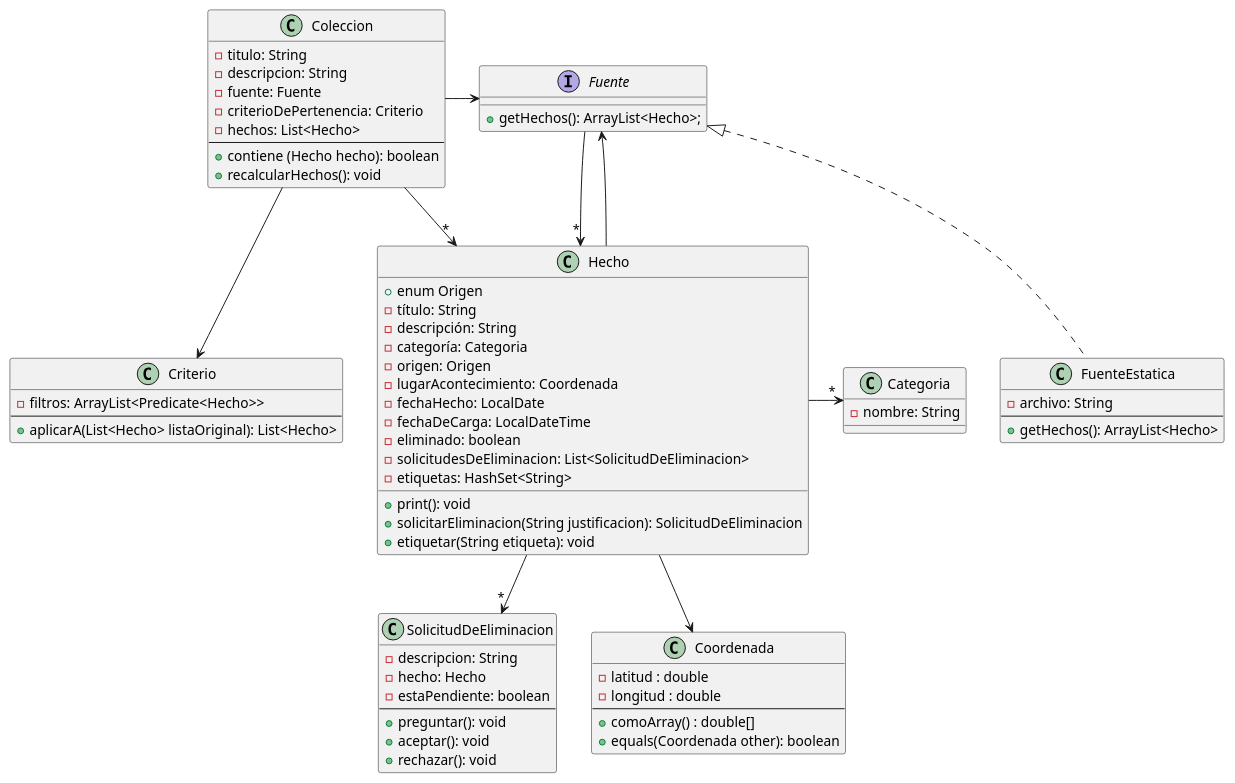
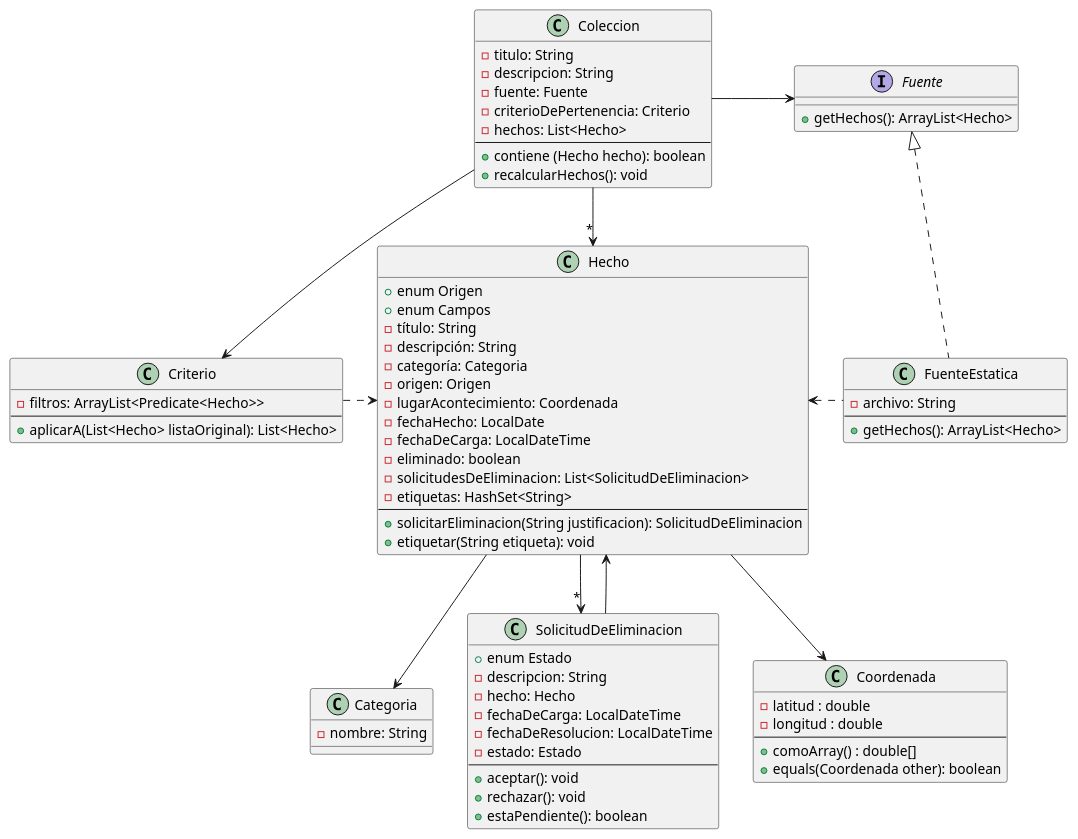
Before and after one commit to faustorod1/MetaMapa: the diagram in DiagDeClases.puml, drawn with PlantUML. The commit also changed 2 other files, not shown here.

Commit message:
Terminado el diagrama de clases

```diff
--- a/DiagDeClases.puml
+++ b/DiagDeClases.puml
@@ -1,90 +1,93 @@
 @startuml
 
 class Hecho{
-
 + enum Origen
++ enum Campos
 - título: String
 - descripción: String
 - categoría: Categoria
 - origen: Origen
 - lugarAcontecimiento: Coordenada
 - fechaHecho: LocalDate
 - fechaDeCarga: LocalDateTime
 - eliminado: boolean
 - solicitudesDeEliminacion: List<SolicitudDeEliminacion>
 - etiquetas: HashSet<String>
-
-+ print(): void
+--
 + solicitarEliminacion(String justificacion): SolicitudDeEliminacion
 + etiquetar(String etiqueta): void
 }
 
 class Categoria{
 - nombre: String
 }
 
 
 class Coleccion{
 - titulo: String
 - descripcion: String
 - fuente: Fuente
 - criterioDePertenencia: Criterio
 - hechos: List<Hecho>
 --
 + contiene (Hecho hecho): boolean
 + recalcularHechos(): void
 }
 
 class Criterio{
 - filtros: ArrayList<Predicate<Hecho>>
 --
 + aplicarA(List<Hecho> listaOriginal): List<Hecho>
 }
 
 
 class SolicitudDeEliminacion{
++ enum Estado
 - descripcion: String
 - hecho: Hecho
-- estaPendiente: boolean
+- fechaDeCarga: LocalDateTime
+- fechaDeResolucion: LocalDateTime
+- estado: Estado
 --
-+ preguntar(): void
 + aceptar(): void
 + rechazar(): void
++ estaPendiente(): boolean
 }
 
 interface Fuente{
-+ getHechos(): ArrayList<Hecho>;
++ getHechos(): ArrayList<Hecho>
 }
 
 class FuenteEstatica{
 - archivo: String
 --
 + getHechos(): ArrayList<Hecho>
 }
 
 class Coordenada{
 - latitud : double
 - longitud : double
 --
 + comoArray() : double[]
 + equals(Coordenada other): boolean
 }
 
 
 
+Hecho --> Categoria
 Hecho --> Coordenada
-Hecho -r->"*" Categoria
-Hecho -d->"*" SolicitudDeEliminacion
+Hecho -->"*" SolicitudDeEliminacion
+
+Coleccion -r-> Fuente
+Coleccion --> Criterio
 Coleccion -->"*" Hecho
-Coleccion --> Criterio
 
-Hecho --> Fuente
-Coleccion -r-> Fuente
+Criterio .r.> Hecho
 
-Fuente -->"*" Hecho
+SolicitudDeEliminacion --> Hecho
+
 FuenteEstatica .u.|> Fuente
-
-
+FuenteEstatica .l.> Hecho
 
 
 @enduml
```
